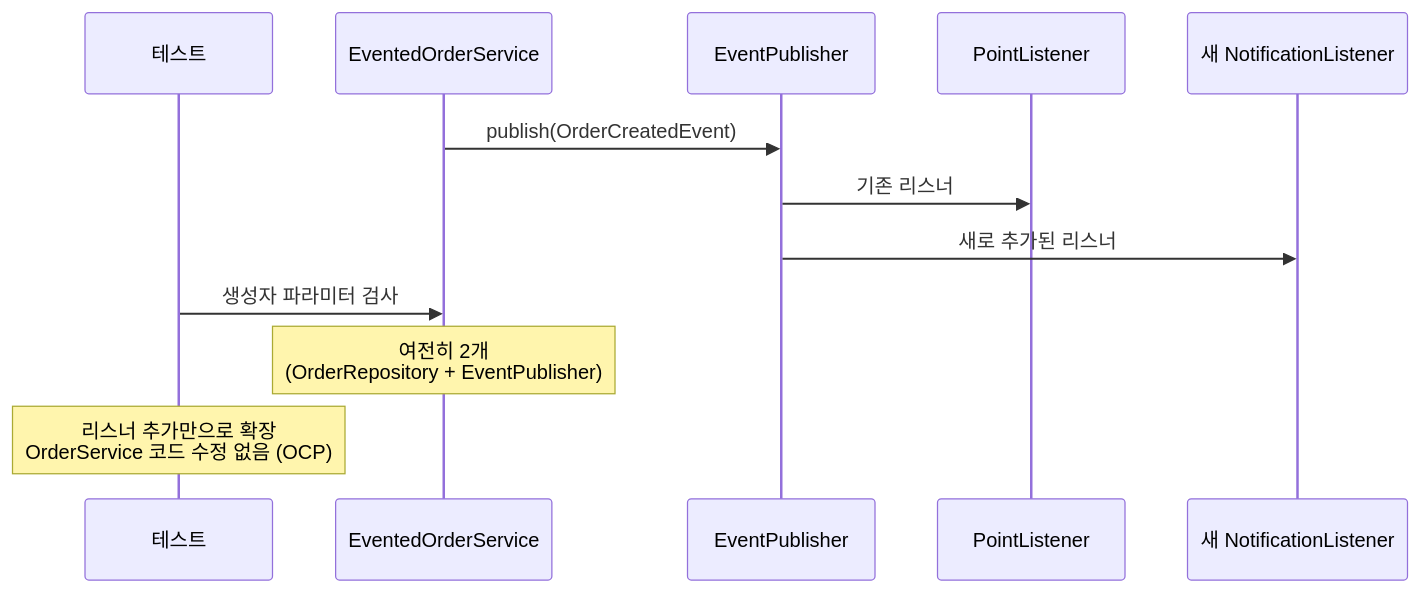
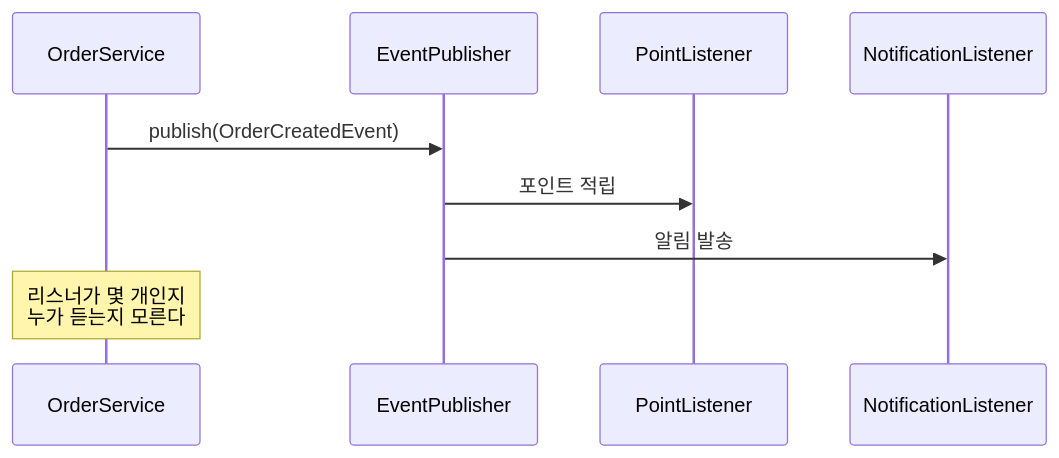
The second of 3 diagrams in src/test/java/com/example/messaging/step1_application_event/README.md (katiekim17/messaging-lab), drawn with Mermaid before and after one commit. The commit also changed other lines of this file, not shown here.

````diff
--- a/src/test/java/com/example/messaging/step1_application_event/README.md
+++ b/src/test/java/com/example/messaging/step1_application_event/README.md
@@ -106,17 +85,13 @@
 ```mermaid
 sequenceDiagram
-    participant Test as 테스트
-    participant OS as EventedOrderService
+    participant OS as OrderService
     participant EP as EventPublisher
     participant PL as PointListener
-    participant NL as 새 NotificationListener
+    participant NL as NotificationListener
 
     OS->>EP: publish(OrderCreatedEvent)
-    EP->>PL: 기존 리스너
-    EP->>NL: 새로 추가된 리스너
+    EP->>PL: 포인트 적립
+    EP->>NL: 알림 발송
 
-    Test->>OS: 생성자 파라미터 검사
-    Note over OS: 여전히 2개<br/>(OrderRepository + EventPublisher)
-
-    Note over Test: 리스너 추가만으로 확장<br/>OrderService 코드 수정 없음 (OCP)
+    Note over OS: 리스너가 몇 개인지<br/>누가 듣는지 모른다
 ```
````
